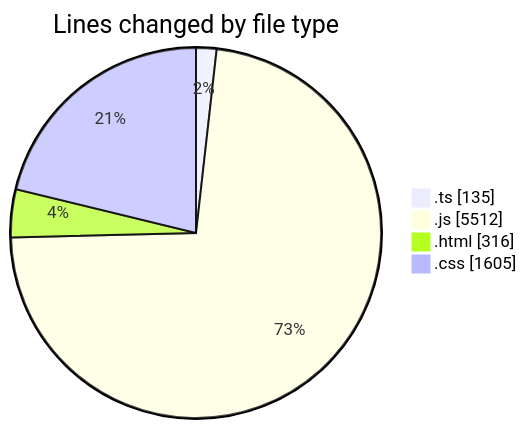
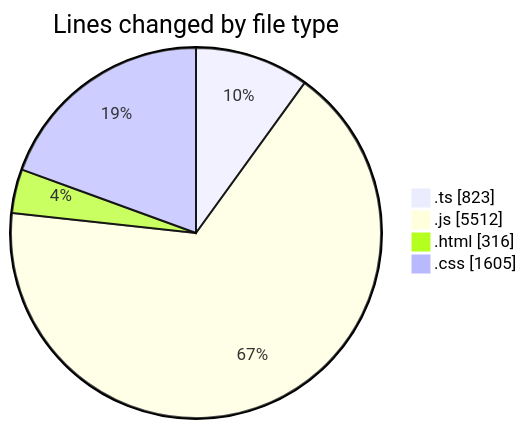
One commit to tmsrecording-cyber/code-tracking changed the first of 2 diagrams in 2026-04-25/darkwire/README.md. Above: the diagram before and after it, drawn with Mermaid. The commit also changed other lines of this file and 1 other file, not shown here.

````diff
--- a/2026-04-25/darkwire/README.md
+++ b/2026-04-25/darkwire/README.md
@@ -34,8 +35,8 @@
 ```mermaid
 pie showData
 title Lines changed by file type
-".ts" : 135
+".ts" : 823
 ".js" : 5512
 ".html" : 316
 ".css" : 1605
 ```
````
